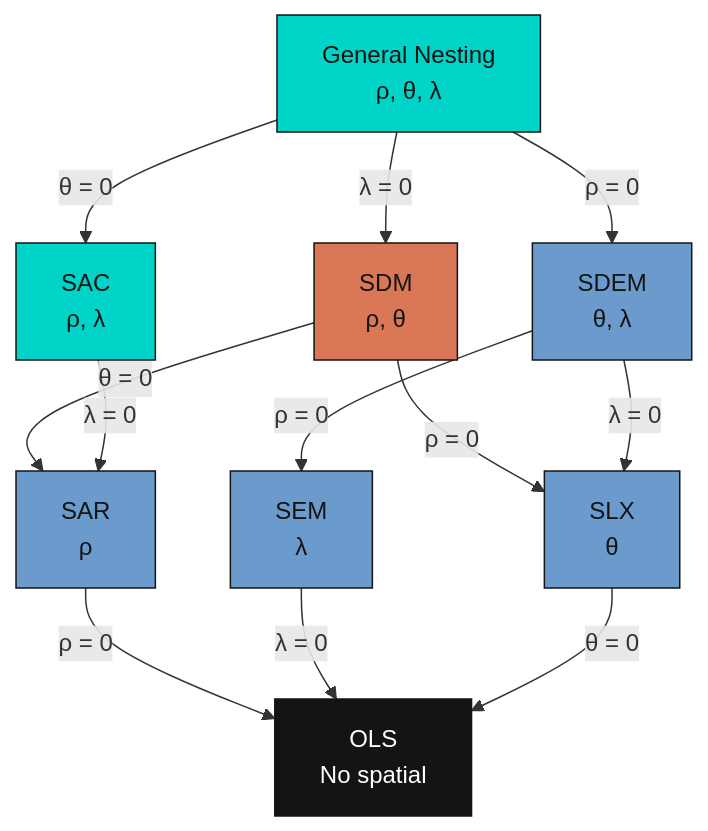
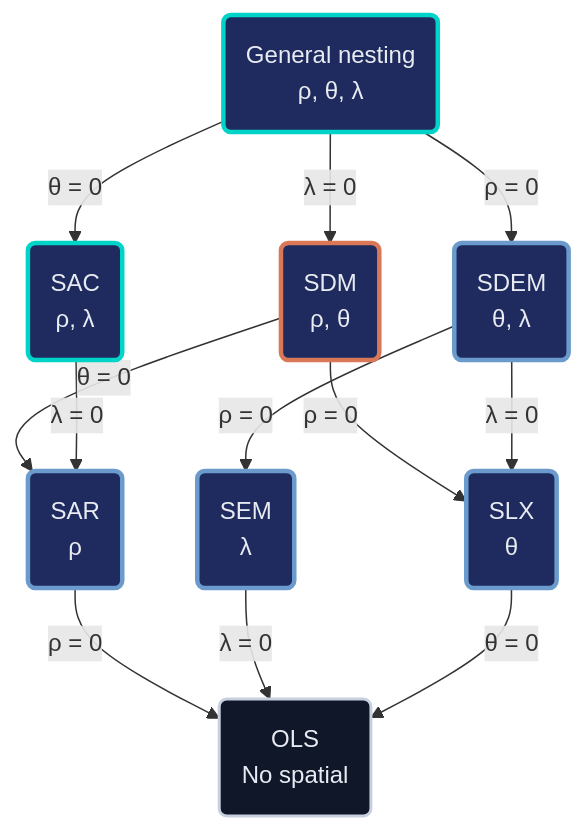
The second of 2 diagrams in content/post/r_SDPDmod/index.md (cmg777/starter-academic-v501), drawn with Mermaid before and after one commit. The commit also changed other lines of this file and 13 other files, not shown here.

First line of the commit message:
content(mermaid): restyle flowcharts in R posts

````diff
--- a/content/post/r_SDPDmod/index.md
+++ b/content/post/r_SDPDmod/index.md
@@ -442,23 +442,22 @@
 ```mermaid
 graph TD
-    GNS["General Nesting<br/>ρ, θ, λ"] -->|"λ = 0"| SDM["SDM<br/>ρ, θ"]
-    GNS -->|"θ = 0"| SAC["SAC<br/>ρ, λ"]
-    GNS -->|"ρ = 0"| SDEM["SDEM<br/>θ, λ"]
-    SDM -->|"θ = 0"| SAR["SAR<br/>ρ"]
-    SDM -->|"ρ = 0"| SLX["SLX<br/>θ"]
+    GNS("General nesting<br/>ρ, θ, λ") -->|"λ = 0"| SDM("SDM<br/>ρ, θ")
+    GNS -->|"θ = 0"| SAC("SAC<br/>ρ, λ")
+    GNS -->|"ρ = 0"| SDEM("SDEM<br/>θ, λ")
+    SDM -->|"θ = 0"| SAR("SAR<br/>ρ")
+    SDM -->|"ρ = 0"| SLX("SLX<br/>θ")
     SAC -->|"λ = 0"| SAR
-    SDEM -->|"ρ = 0"| SEM["SEM<br/>λ"]
+    SDEM -->|"ρ = 0"| SEM("SEM<br/>λ")
     SDEM -->|"λ = 0"| SLX
-    SAR -->|"ρ = 0"| OLS["OLS<br/>No spatial"]
+    SAR -->|"ρ = 0"| OLS("OLS<br/>No spatial")
     SEM -->|"λ = 0"| OLS
     SLX -->|"θ = 0"| OLS
-
-    style SDM fill:#d97757,stroke:#141413,color:#141413
-    style SAR fill:#6a9bcc,stroke:#141413,color:#141413
-    style SEM fill:#6a9bcc,stroke:#141413,color:#141413
-    style SDEM fill:#6a9bcc,stroke:#141413,color:#141413
-    style SLX fill:#6a9bcc,stroke:#141413,color:#141413
-    style OLS fill:#141413,stroke:#141413,color:#fff
-    style GNS fill:#00d4c8,stroke:#141413,color:#141413
-    style SAC fill:#00d4c8,stroke:#141413,color:#141413
+    classDef teal fill:#1f2b5e,stroke:#00d4c8,stroke-width:3px,color:#e8ecf2
+    classDef orange fill:#1f2b5e,stroke:#d97757,stroke-width:3px,color:#e8ecf2
+    classDef blue fill:#1f2b5e,stroke:#6a9bcc,stroke-width:3px,color:#e8ecf2
+    classDef anchor fill:#0f1729,stroke:#c8d0e0,stroke-width:2px,color:#e8ecf2
+    class GNS,SAC teal
+    class SDM orange
+    class SDEM,SAR,SLX,SEM blue
+    class OLS anchor
 ```
````
